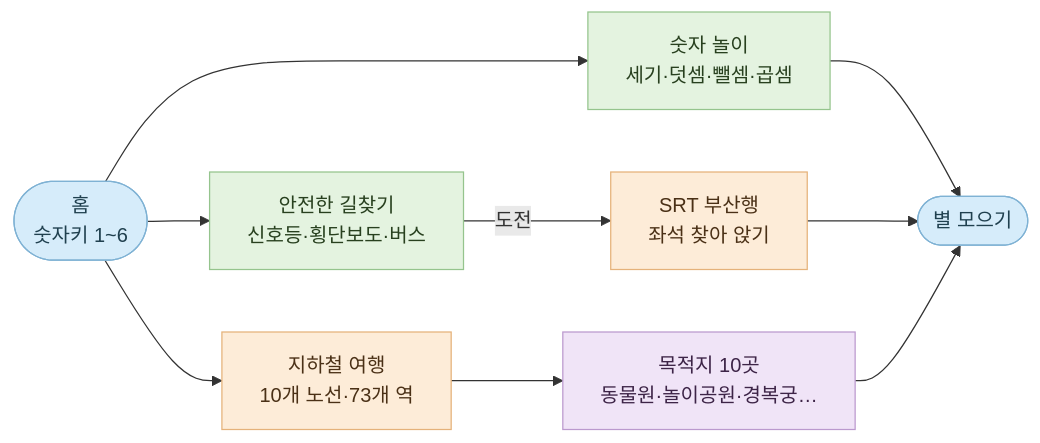
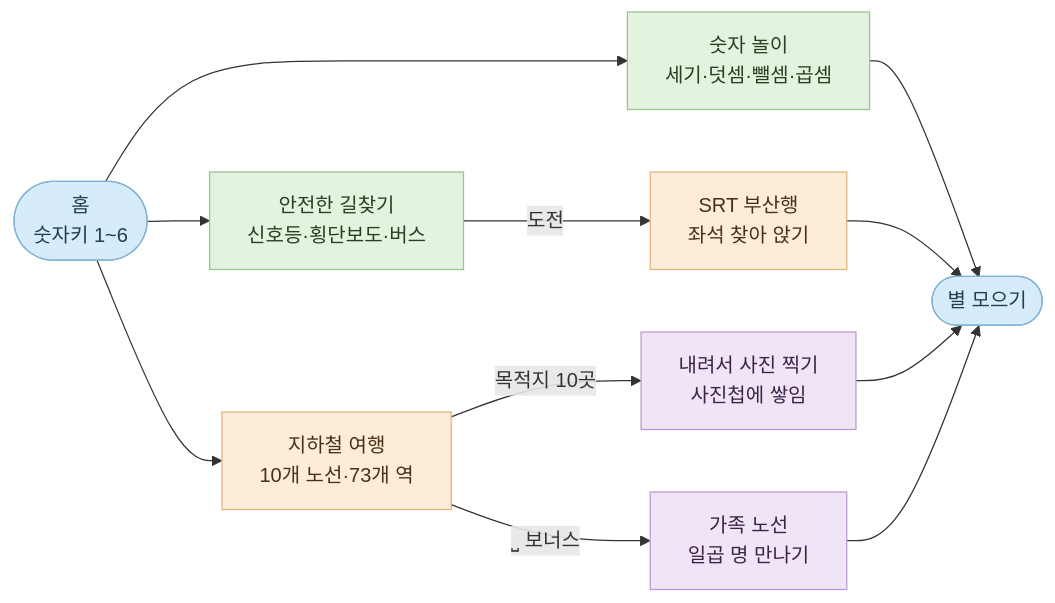
Before and after one commit to bliss-forge/numberblocks-grandprix-preview: the diagram in README.md, drawn with Mermaid. The commit also changed other lines of this file, not shown here.

First line of the commit message:
docs: describe the subway game as it now plays

````diff
--- a/README.md
+++ b/README.md
@@ -58,20 +58,22 @@
 ```mermaid
 flowchart LR
     home([홈<br/>숫자키 1~6]) --> math[숫자 놀이<br/>세기·덧셈·뺄셈·곱셈]
     home --> safety[안전한 길찾기<br/>신호등·횡단보도·버스]
     home --> subway[지하철 여행<br/>10개 노선·73개 역]
     safety -->|도전| srt[SRT 부산행<br/>좌석 찾아 앉기]
-    subway --> place[목적지 10곳<br/>동물원·놀이공원·경복궁…]
+    subway -->|목적지 10곳| photo[내려서 사진 찍기<br/>사진첩에 쌓임]
+    subway -->|⎵ 보너스| family[가족 노선<br/>일곱 명 만나기]
     math --> star([별 모으기])
     srt --> star
-    place --> star
+    photo --> star
+    family --> star
 
     classDef hub fill:#D6ECFA,stroke:#7FB2D4,color:#20404F
     classDef lesson fill:#E4F3E0,stroke:#95C48D,color:#28401F
     classDef ride fill:#FDECD8,stroke:#E5B27A,color:#4A3016
     classDef prize fill:#F0E4F7,stroke:#BB99CE,color:#3D2447
     class home,star hub
     class math,safety lesson
     class subway,srt ride
-    class place prize
+    class photo,family prize
 ```
````
